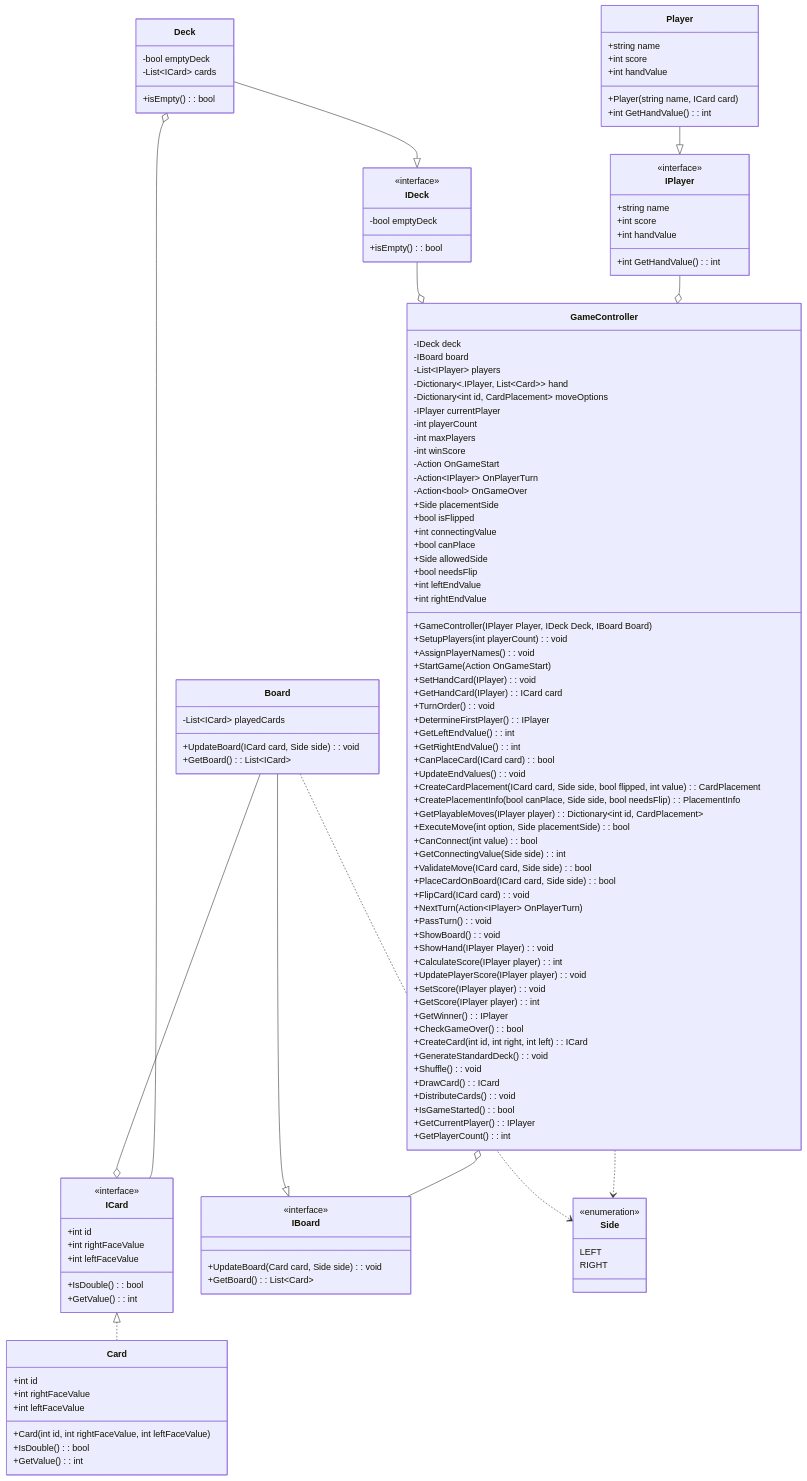
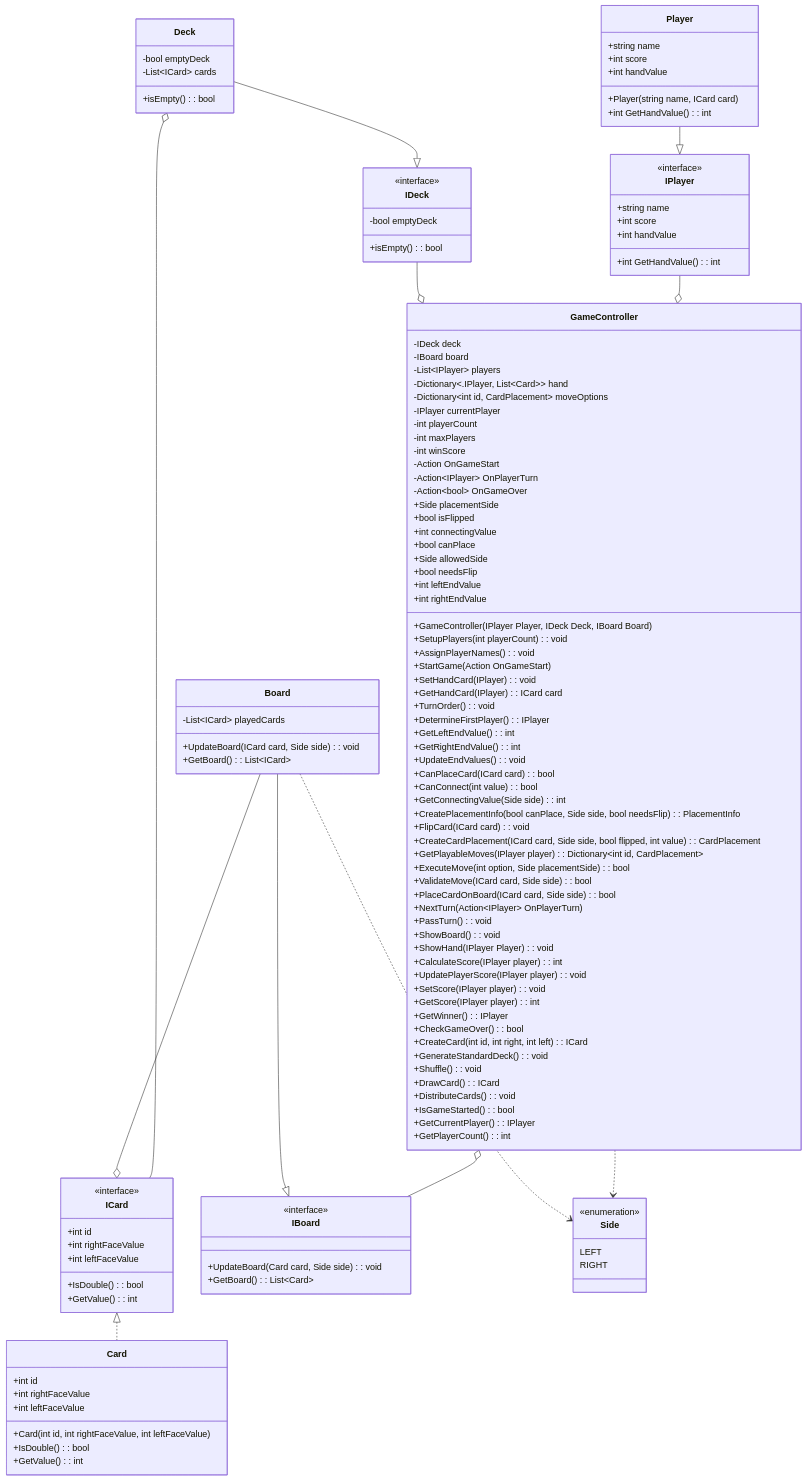
Before and after one commit to RavenFajar/bootCamp13: the diagram in Day6/DiagramClassProject/classDiagram.mmd, drawn with Mermaid. The commit also changed other lines of this file, not shown here.

```diff
--- a/Day6/DiagramClassProject/classDiagram.mmd
+++ b/Day6/DiagramClassProject/classDiagram.mmd
@@ -1,128 +1,128 @@
 classDiagram
 class IPlayer{
     <<interface>>
     +string name
     +int score
     +int handValue
     +int GetHandValue() : int
 }
 class Player{
     +string name
     +int score
     +int handValue
     +Player(string name, ICard card)
     +int GetHandValue() : int
 }
 class ICard{
     <<interface>>
     +int id
     +int rightFaceValue
     +int leftFaceValue 
     +IsDouble() : bool
     +GetValue() : int
 }
 class IDeck{
     <<interface>>
     -bool emptyDeck
     +isEmpty() : bool
 }
 class IBoard{
     <<interface>>
     +UpdateBoard(Card card, Side side) : void
     +GetBoard() : List~Card~
 }
 class Deck{
     -bool emptyDeck
     -List~ICard~ cards
     +isEmpty() : bool
 }
 class Board{
     -List~ICard~ playedCards
     +UpdateBoard(ICard card, Side side) : void
     +GetBoard() : List~ICard~
 }
 class Card{
     +int id
     +int rightFaceValue
     +int leftFaceValue   
     +Card(int id, int rightFaceValue, int leftFaceValue) 
     +IsDouble() : bool
     +GetValue() : int
 }
 class Side{
     <<enumeration>>
     LEFT
     RIGHT
 }
 class GameController{
     -IDeck deck
     -IBoard board
     -List~IPlayer~ players
     -Dictionary<.IPlayer, List~Card~> hand
     -Dictionary~int id, CardPlacement~ moveOptions
     -IPlayer currentPlayer
     -int playerCount
     -int maxPlayers
     -int winScore
     -Action OnGameStart
     -Action~IPlayer~ OnPlayerTurn
     -Action~bool~ OnGameOver
     +Side placementSide
     +bool isFlipped
     +int connectingValue
     +bool canPlace
     +Side allowedSide
     +bool needsFlip
     +int leftEndValue
     +int rightEndValue
     +GameController(IPlayer Player, IDeck Deck, IBoard Board)
     +SetupPlayers(int playerCount) : void
     +AssignPlayerNames() : void
     +StartGame(Action OnGameStart)
     +SetHandCard(IPlayer): void
     +GetHandCard(IPlayer): ICard card 
     +TurnOrder() : void
     +DetermineFirstPlayer() : IPlayer
     +GetLeftEndValue() : int
     +GetRightEndValue() : int
+    +UpdateEndValues() : void
     +CanPlaceCard(ICard card) : bool
-    +UpdateEndValues() : void
+    +CanConnect(int value) : bool
+    +GetConnectingValue(Side side) : int
+    +CreatePlacementInfo(bool canPlace, Side side, bool needsFlip) : PlacementInfo
+    +FlipCard(ICard card) : void
     +CreateCardPlacement(ICard card, Side side, bool flipped, int value) : CardPlacement
-    +CreatePlacementInfo(bool canPlace, Side side, bool needsFlip) : PlacementInfo
     +GetPlayableMoves(IPlayer player) : Dictionary~int id, CardPlacement~
     +ExecuteMove(int option, Side placementSide) : bool
-    +CanConnect(int value) : bool
-    +GetConnectingValue(Side side) : int
     +ValidateMove(ICard card, Side side) : bool
     +PlaceCardOnBoard(ICard card, Side side) : bool
-    +FlipCard(ICard card) : void
     +NextTurn(Action~IPlayer~ OnPlayerTurn)
     +PassTurn() : void
     +ShowBoard() : void
     +ShowHand(IPlayer Player): void 
     +CalculateScore(IPlayer player) : int
     +UpdatePlayerScore(IPlayer player) : void
     +SetScore(IPlayer player) : void
     +GetScore(IPlayer player) : int
     +GetWinner() : IPlayer
     +CheckGameOver() : bool
     +CreateCard(int id, int right, int left) : ICard
     +GenerateStandardDeck() : void
     +Shuffle() : void
     +DrawCard() : ICard
     +DistributeCards() : void
     +IsGameStarted() : bool
     +GetCurrentPlayer() : IPlayer
     +GetPlayerCount() : int
 }
 IPlayer --o GameController 
 IDeck --o GameController
 GameController o-- IBoard
 Deck --|> IDeck 
 Board --|> IBoard 
 Player --|> IPlayer 
 Deck o-- ICard
 Board --o ICard
 ICard <|.. Card 
 GameController ..> Side
 Board ..> Side
```
